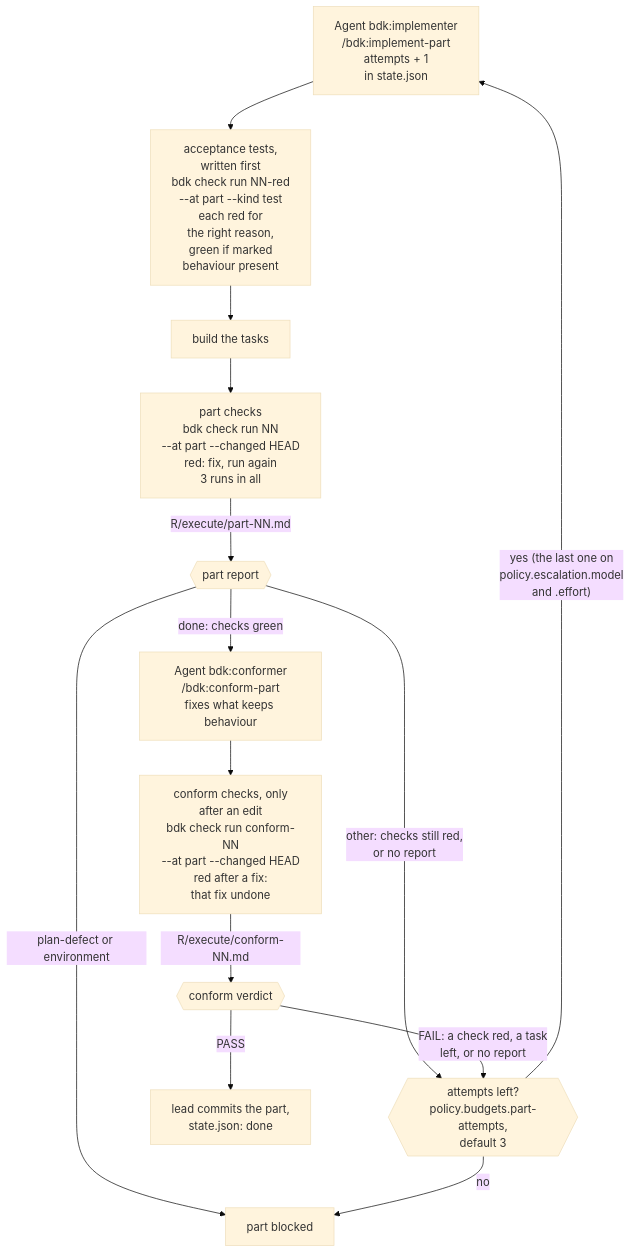
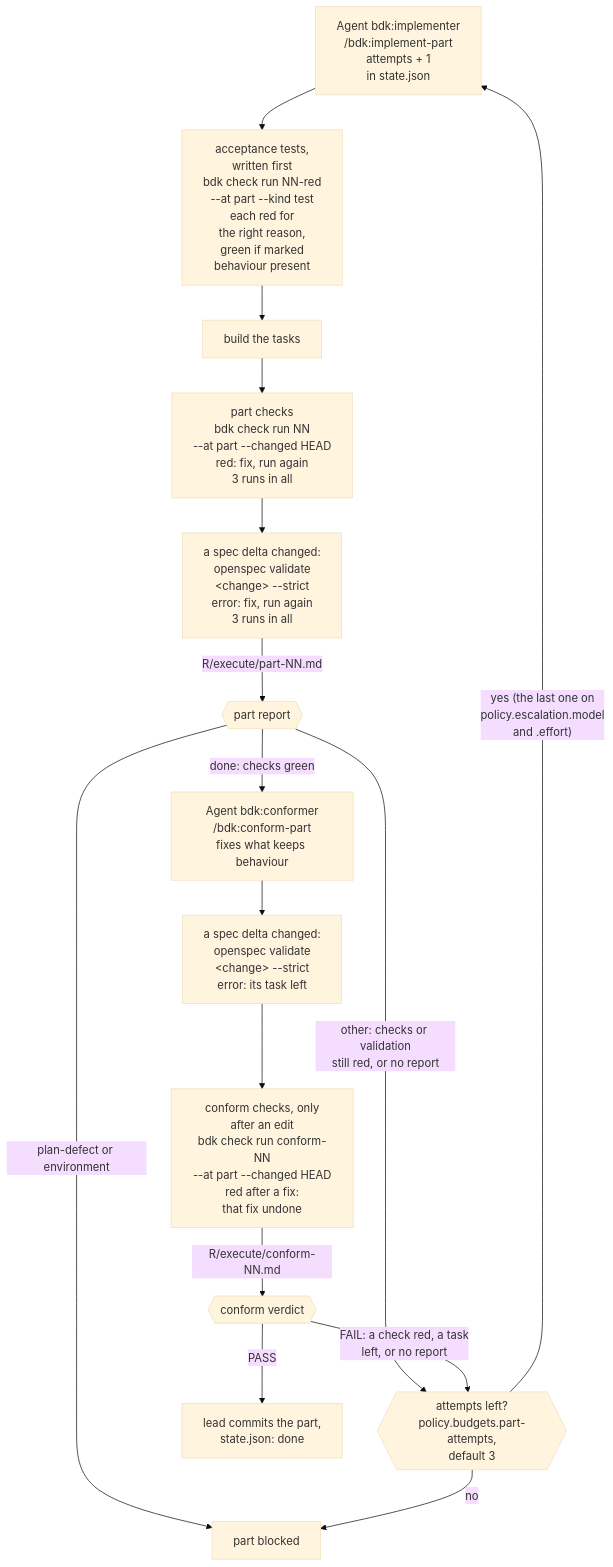
One commit to broneq/bdk changed the seventh of 16 diagrams in docs/concepts/orchestrators.md. Above: the diagram before and after it, drawn with Mermaid (base theme). The commit also changed other lines of this file and 29 other files, not shown here.

First line of the commit message:
feat(skills): plan a scenario for a requirement a spec-text fix adds and validate changed deltas

````diff
--- a/docs/concepts/orchestrators.md
+++ b/docs/concepts/orchestrators.md
@@ -149,17 +149,19 @@
 ```mermaid
 flowchart TB
   IMP["Agent bdk:implementer<br/>/bdk:implement-part<br/>attempts + 1<br/>in state.json"]
   IMP --> RED["acceptance tests,<br/>written first<br/>bdk check run NN-red<br/>--at part --kind test<br/>each red for<br/>the right reason,<br/>green if marked<br/>behaviour present"]
   RED --> BUILD["build the tasks"]
   BUILD --> PC["part checks<br/>bdk check run NN<br/>--at part --changed HEAD<br/>red: fix, run again<br/>3 runs in all"]
-  PC -->|"R/execute/part-NN.md"| RI{{"part report"}}
+  PC --> OV["a spec delta changed:<br/>openspec validate<br/>&lt;change&gt; --strict<br/>error: fix, run again<br/>3 runs in all"]
+  OV -->|"R/execute/part-NN.md"| RI{{"part report"}}
   RI -->|"plan-defect or environment"| PB["part blocked"]
-  RI -->|"other: checks still red,<br/>or no report"| RETRY
+  RI -->|"other: checks or validation<br/>still red, or no report"| RETRY
   RI -->|"done: checks green"| CONF["Agent bdk:conformer<br/>/bdk:conform-part<br/>fixes what keeps behaviour"]
-  CONF --> CC["conform checks, only<br/>after an edit<br/>bdk check run conform-NN<br/>--at part --changed HEAD<br/>red after a fix:<br/>that fix undone"]
+  CONF --> CV["a spec delta changed:<br/>openspec validate<br/>&lt;change&gt; --strict<br/>error: its task left"]
+  CV --> CC["conform checks, only<br/>after an edit<br/>bdk check run conform-NN<br/>--at part --changed HEAD<br/>red after a fix:<br/>that fix undone"]
   CC -->|"R/execute/conform-NN.md"| RC{{"conform verdict"}}
   RC -->|"FAIL: a check red, a task<br/>left, or no report"| RETRY{{"attempts left?<br/>policy.budgets.part-attempts,<br/>default 3"}}
   RETRY -->|"yes (the last one on<br/>policy.escalation.model<br/>and .effort)"| IMP
   RETRY -->|"no"| PB
   RC -->|"PASS"| COM["lead commits the part,<br/>state.json: done"]
 ```
````
